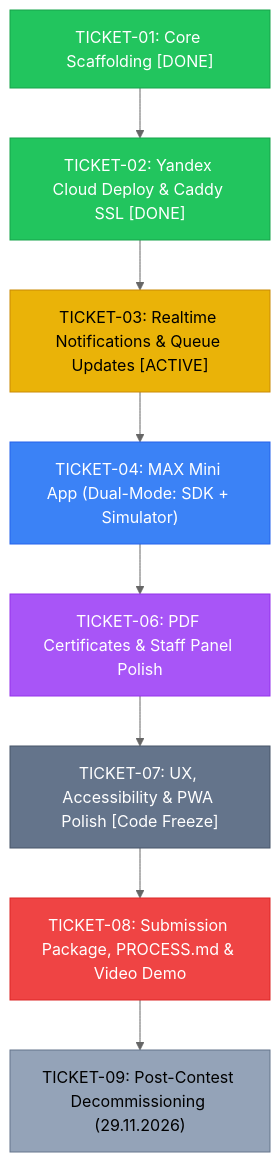
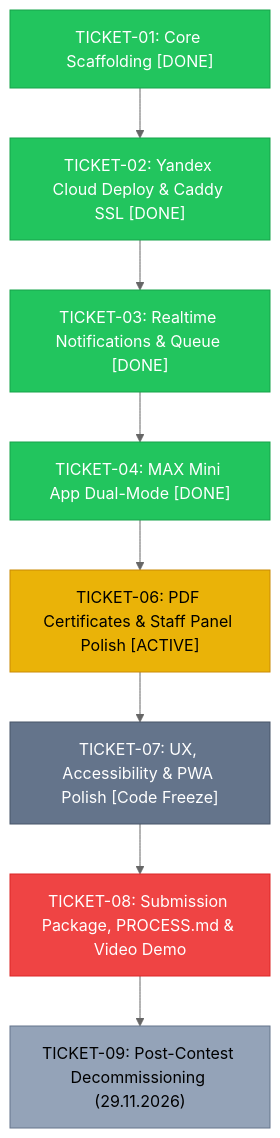
One commit to Nek1yZakhar/dekanat changed the diagram in docs/STATE.md. Above: the diagram before and after it, drawn with Mermaid (neutral theme). The commit also changed other lines of this file and 25 other files, not shown here.

Commit message:
feat(realtime,max): внедрение Supabase Realtime сокетов, тостов Sonner и симулятора MAX Mini App Dual-Mode (TICKET-03, TICKET-04)

````diff
--- a/docs/STATE.md
+++ b/docs/STATE.md
@@ -63,19 +59,19 @@
 ```mermaid
 graph TD
     T01["TICKET-01: Core Scaffolding [DONE]"] --> T02["TICKET-02: Yandex Cloud Deploy & Caddy SSL [DONE]"]
-    T02 --> T03["TICKET-03: Realtime Notifications & Queue Updates [ACTIVE]"]
-    T03 --> T04["TICKET-04: MAX Mini App (Dual-Mode: SDK + Simulator)"]
-    T04 --> T06["TICKET-06: PDF Certificates & Staff Panel Polish"]
+    T02 --> T03["TICKET-03: Realtime Notifications & Queue [DONE]"]
+    T03 --> T04["TICKET-04: MAX Mini App Dual-Mode [DONE]"]
+    T04 --> T06["TICKET-06: PDF Certificates & Staff Panel Polish [ACTIVE]"]
     T06 --> T07["TICKET-07: UX, Accessibility & PWA Polish [Code Freeze]"]
     T07 --> T08["TICKET-08: Submission Package, PROCESS.md & Video Demo"]
     T08 --> T09["TICKET-09: Post-Contest Decommissioning (29.11.2026)"]
 
     style T01 fill:#22c55e,stroke:#16a34a,color:#fff
     style T02 fill:#22c55e,stroke:#16a34a,color:#fff
-    style T03 fill:#eab308,stroke:#ca8a04,color:#000
-    style T04 fill:#3b82f6,stroke:#2563eb,color:#fff
-    style T06 fill:#a855f7,stroke:#9333ea,color:#fff
+    style T03 fill:#22c55e,stroke:#16a34a,color:#fff
+    style T04 fill:#22c55e,stroke:#16a34a,color:#fff
+    style T06 fill:#eab308,stroke:#ca8a04,color:#000
     style T07 fill:#64748b,stroke:#475569,color:#fff
     style T08 fill:#ef4444,stroke:#dc2626,color:#fff
     style T09 fill:#94a3b8,stroke:#64748b,color:#000
 ```
````
